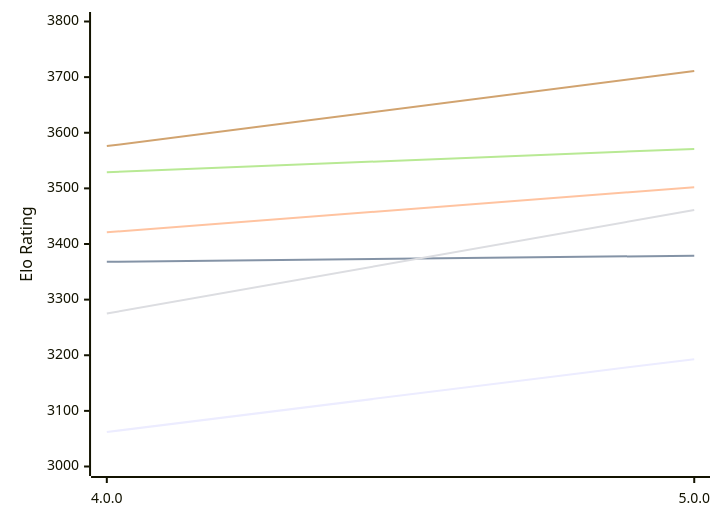
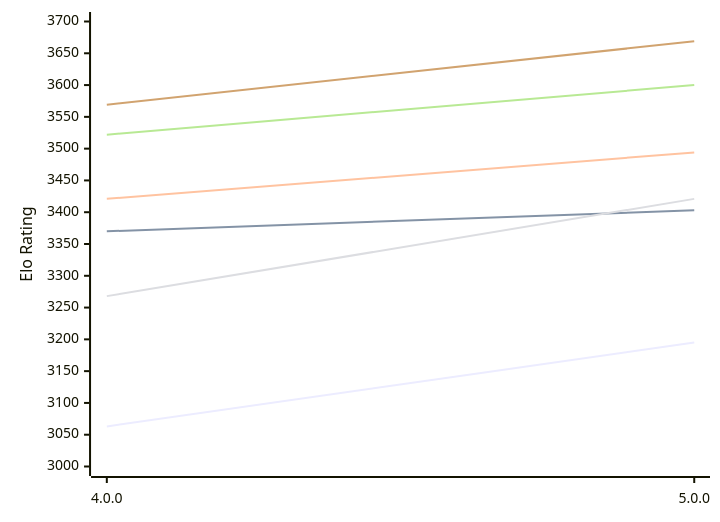
Before and after one commit to computer-chess-index/cci: the first of 2 diagrams in engines/Avalanche.md, drawn with Mermaid. The commit also changed other lines of this file, not shown here.

Commit message:
Update CCI Ratings (ELO VLTC) - 2026-10-14

````diff
--- a/engines/Avalanche.md
+++ b/engines/Avalanche.md
@@ -50,12 +50,12 @@
 ```mermaid
 %%{init: {"theme":"base","themeVariables":{"seriesColors:['#a3a3a3','#222221','#faa371']}}}%%
 xychart-beta
   x-axis ["4.0.0", "5.0.0"]
-  y-axis "Elo Rating" 3000 --> 3800
-  line "E1: STC (8.0+0.08s)" [3062, 3193]
-  line "E1: LTC (60.0+0.60s)" [3368, 3379]
-  line "E1: VLTC (2m24s+1.12s)" [3421, 3502]
-  line "P1: STC (8.0+0.08s)" [3275, 3461]
-  line "P1: LTC (60.0+0.60s)" [3529, 3571]
-  line "P1: VLTC (2m24s+1.12s)" [3576, 3711]
+  y-axis "Elo Rating" 3000 --> 3700
+  line "E1: STC (8.0+0.08s)" [3063, 3195]
+  line "E1: LTC (60.0+0.60s)" [3370, 3403]
+  line "E1: VLTC (2m24s+1.12s)" [3421, 3494]
+  line "P1: STC (8.0+0.08s)" [3268, 3421]
+  line "P1: LTC (60.0+0.60s)" [3522, 3600]
+  line "P1: VLTC (2m24s+1.12s)" [3569, 3669]
 ```
````
